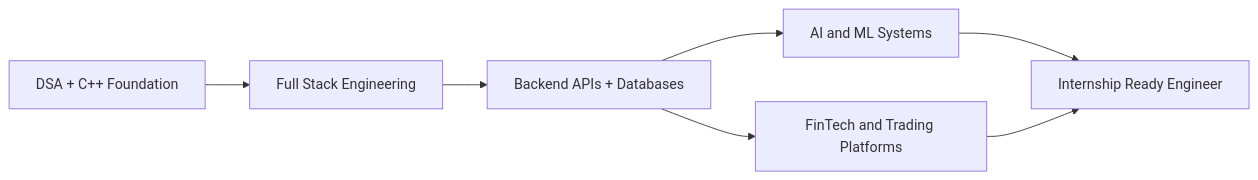
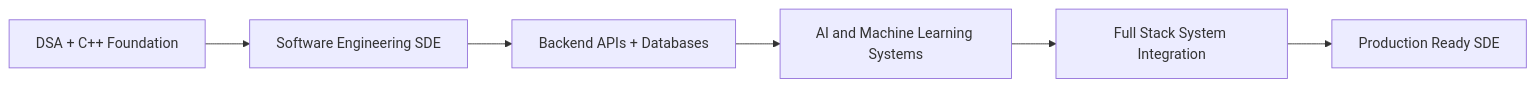
Before and after one commit to tanmay-alpha/tanmay-alpha: the diagram in README.md, drawn with Mermaid. The commit also changed other lines of this file, not shown here.

Commit message:
style: redesign README for SDE and AI/ML focus, clean up 3D effects

````diff
--- a/README.md
+++ b/README.md
@@ -569,9 +485,8 @@
 ```mermaid
 flowchart LR
-    A[DSA + C++ Foundation] --> B[Full Stack Engineering]
+    A[DSA + C++ Foundation] --> B[Software Engineering SDE]
     B --> C[Backend APIs + Databases]
-    C --> D[AI and ML Systems]
-    C --> E[FinTech and Trading Platforms]
-    D --> F[Internship Ready Engineer]
-    E --> F
+    C --> D[AI and Machine Learning Systems]
+    D --> E[Full Stack System Integration]
+    E --> F[Production Ready SDE]
 ```
````
